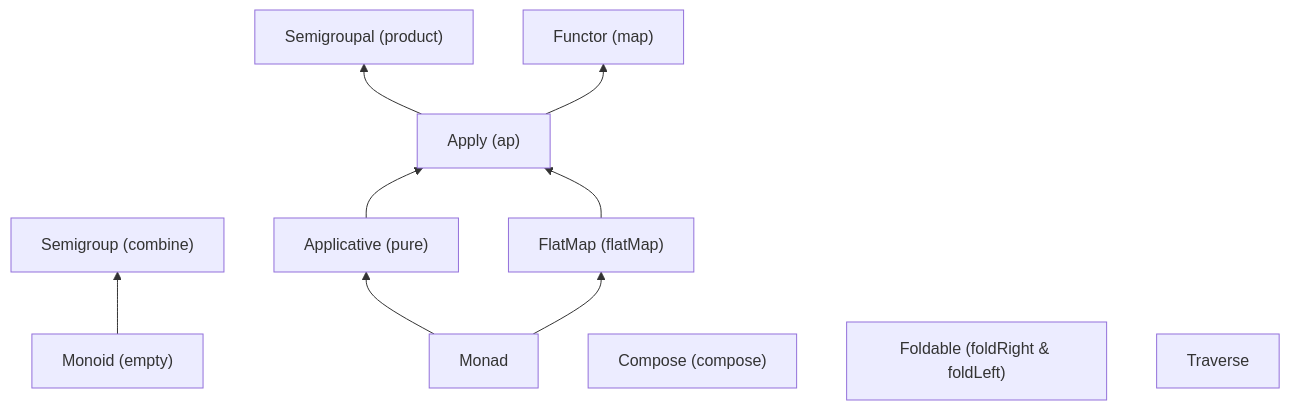
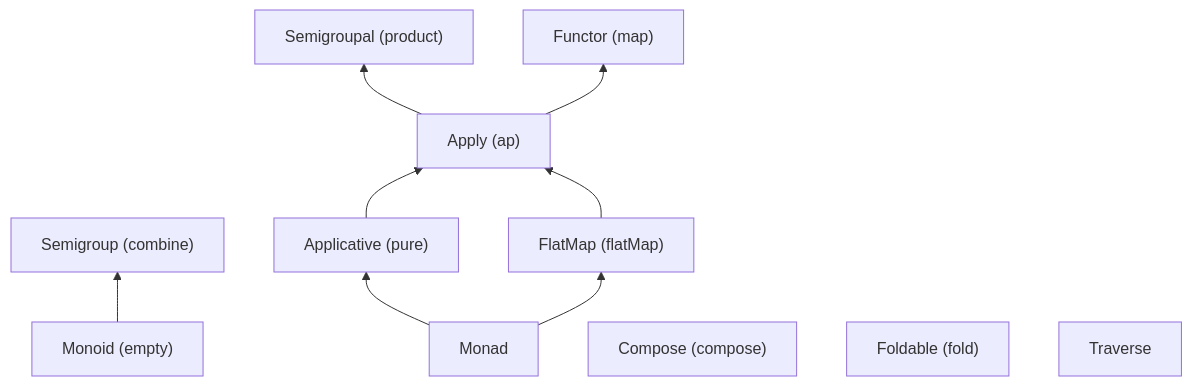
Before and after one commit to lamdalib/kuram: the first of 2 diagrams in README.md, drawn with Mermaid. The commit also changed other lines of this file and 40 other files, not shown here.

````diff
--- a/README.md
+++ b/README.md
@@ -135,27 +135,33 @@
 ```mermaid
 flowchart BT
-    Semigroup["Semigroup (combine)"]
-    Monoid["Monoid (empty)"]
+    %% Typeclasses
+        Semigroup["Semigroup (combine)"]
+        Monoid["Monoid (empty)"]
 
-    Monad["Monad"]
+        Monad["Monad"]
 
-    Applicative["Applicative (pure)"]
-    FlatMap["FlatMap (flatMap)"]
+        Applicative["Applicative (pure)"]
+        FlatMap["FlatMap (flatMap)"]
 
-    Apply["Apply (ap)"]
+        Apply["Apply (ap)"]
 
-    Semigroupal["Semigroupal (product)"]
-    Functor["Functor (map)"]
+        Semigroupal["Semigroupal (product)"]
+        Functor["Functor (map)"]
 
-    Compose["Compose (compose)"]
-    Foldable["Foldable (foldRight & foldLeft)"]
-    Traverse["Traverse"]
+        Compose["Compose (compose)"]
+        Foldable["Foldable (fold)"]
+        Traverse["Traverse"]
+    %% %
 
-    Monoid --> Semigroup
 
-    Monad --> Applicative & FlatMap --> Apply --> Semigroupal & Functor
 
-    Compose
-    Foldable
-    Traverse
+    %% Relations
+        Monoid --> Semigroup
+
+        Monad --> Applicative & FlatMap --> Apply --> Semigroupal & Functor
+
+        Compose
+        Traverse
+        Foldable
+    %% %
 ```
````
